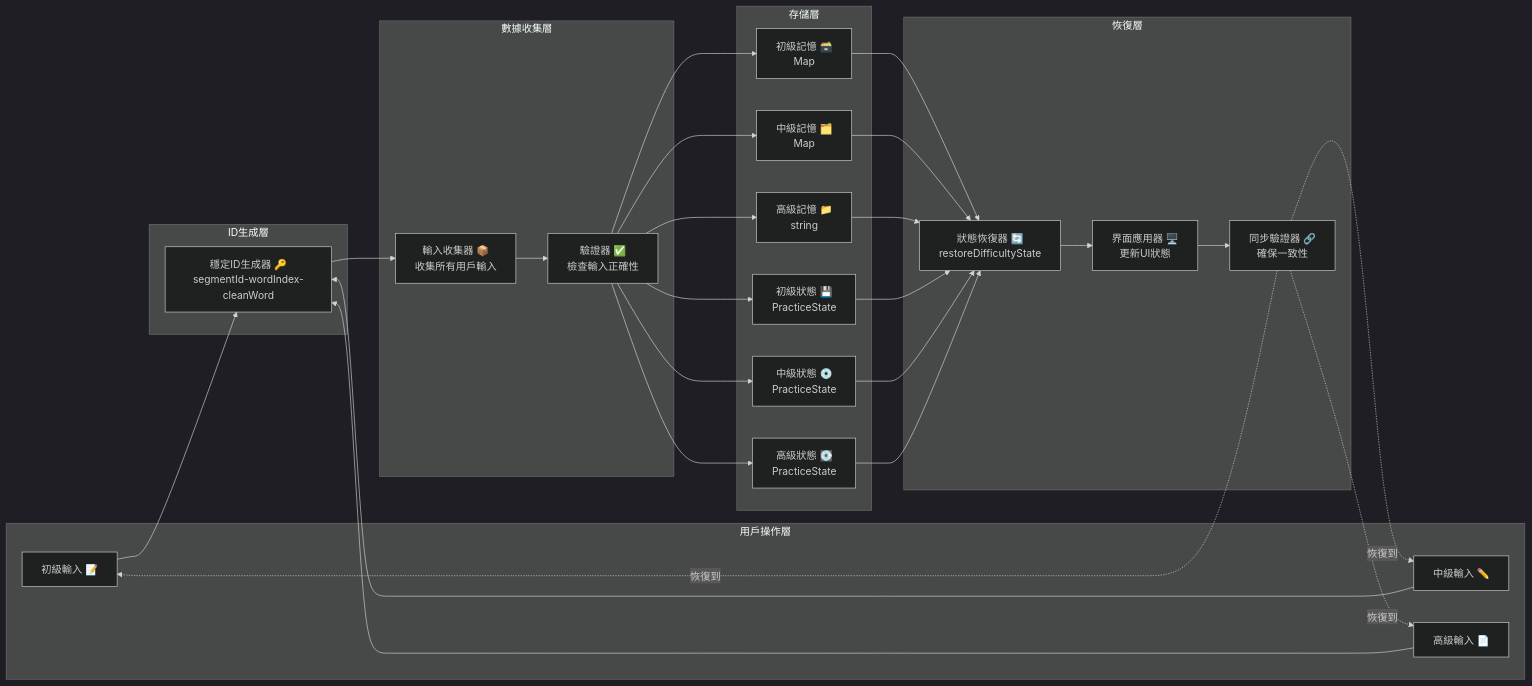
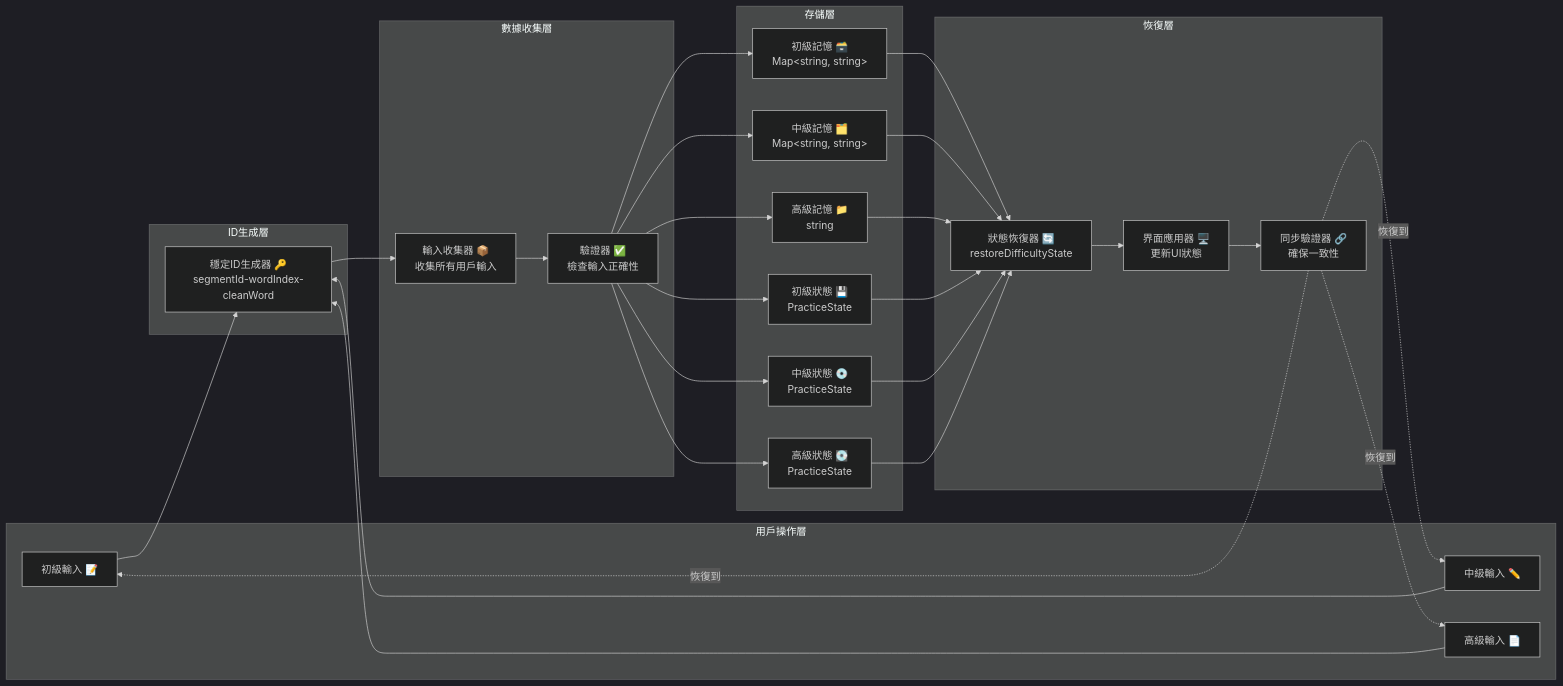
One commit to crazycjh/language-learning-transcribe changed the fifth of 8 diagrams in docs/DICTATION_COMPONENTS_DIAGRAM.md. Above: the diagram before and after it, drawn with Mermaid (dark theme). The commit also changed other lines of this file and 21 other files, not shown here.

````diff
--- a/docs/DICTATION_COMPONENTS_DIAGRAM.md
+++ b/docs/DICTATION_COMPONENTS_DIAGRAM.md
@@ -271,60 +271,60 @@
 ```mermaid
 graph LR
     subgraph "用戶操作層"
         I1[初級輸入 📝]
         I2[中級輸入 ✏️]
         I3[高級輸入 📄]
     end
     
     subgraph "ID生成層"
         GEN[穩定ID生成器 🔑<br/>segmentId-wordIndex-cleanWord]
     end
     
     subgraph "數據收集層"
         COL[輸入收集器 📦<br/>收集所有用戶輸入]
         VAL[驗證器 ✅<br/>檢查輸入正確性]
     end
     
     subgraph "存儲層"
-        M1[初級記憶 🗃️<br/>Map<string, string>]
-        M2[中級記憶 🗂️<br/>Map<string, string>]
+        M1["初級記憶 🗃️<br/>Map&lt;string, string&gt;"]
+        M2["中級記憶 🗂️<br/>Map&lt;string, string&gt;"]
         M3[高級記憶 📁<br/>string]
         S1[初級狀態 💾<br/>PracticeState]
         S2[中級狀態 💿<br/>PracticeState]
         S3[高級狀態 💽<br/>PracticeState]
     end
     
     subgraph "恢復層"
         REST[狀態恢復器 🔄<br/>restoreDifficultyState]
         APPLY[界面應用器 🖥️<br/>更新UI狀態]
         SYNC[同步驗證器 🔗<br/>確保一致性]
     end
     
     I1 --> GEN
     I2 --> GEN
     I3 --> GEN
     
     GEN --> COL
     COL --> VAL
     
     VAL --> M1
     VAL --> M2
     VAL --> M3
     VAL --> S1
     VAL --> S2
     VAL --> S3
     
     M1 --> REST
     M2 --> REST
     M3 --> REST
     S1 --> REST
     S2 --> REST
     S3 --> REST
     
     REST --> APPLY
     APPLY --> SYNC
     
     SYNC -.->|恢復到| I1
     SYNC -.->|恢復到| I2
     SYNC -.->|恢復到| I3
 ```
````
